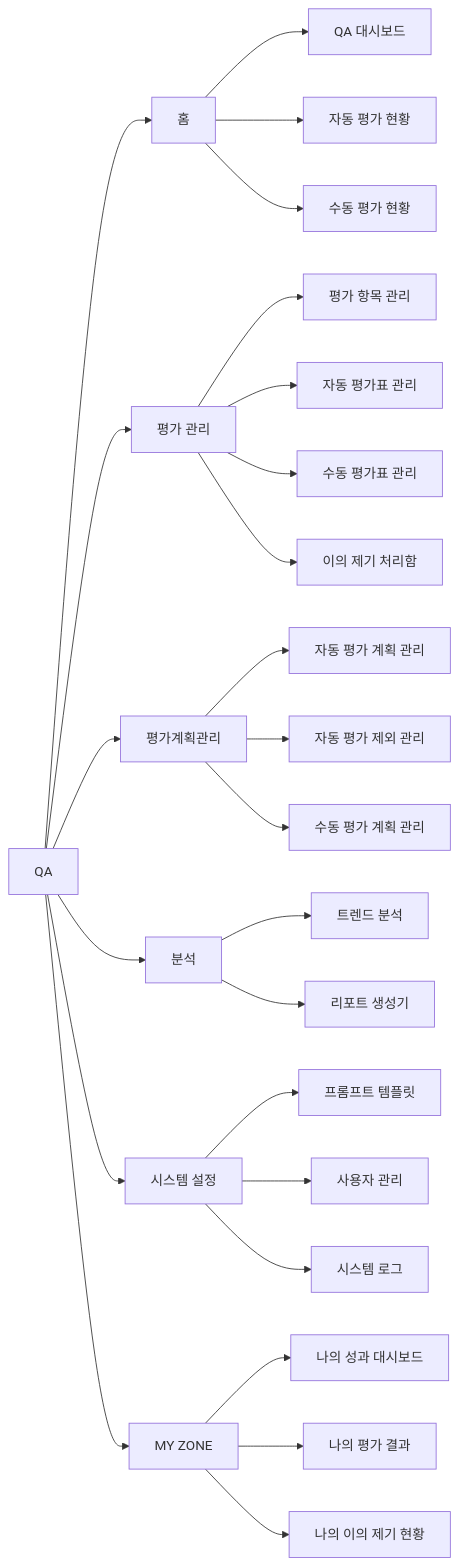
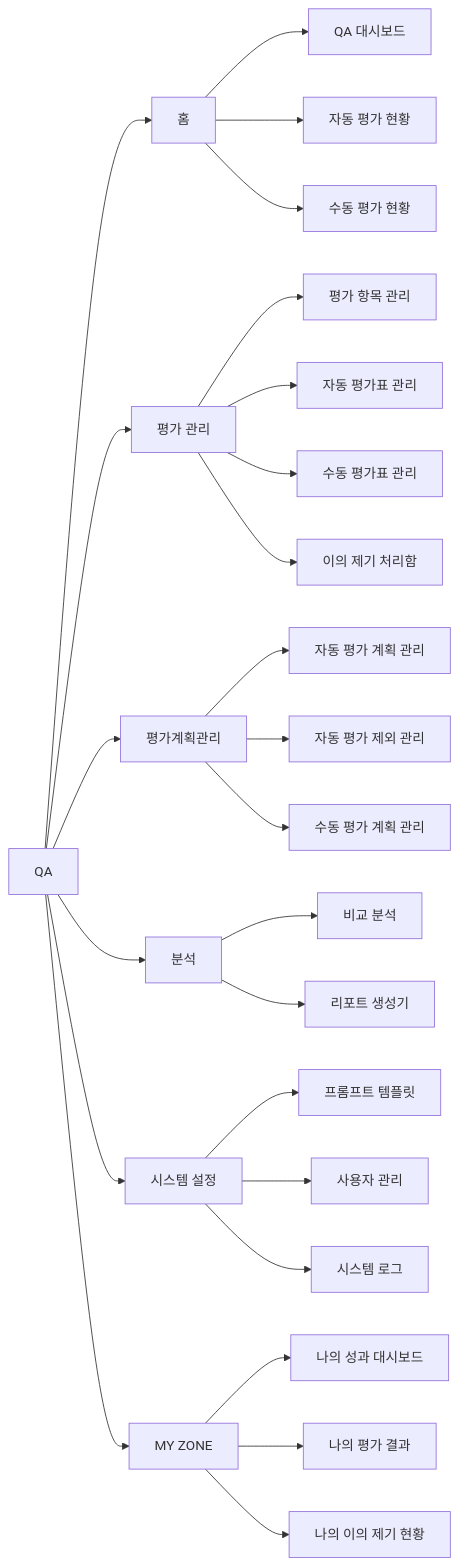
Before and after one commit to chajunghun83/AICC_QA: the second of 2 diagrams in AICC_QA_PRD/05_메뉴_구조도.md, drawn with Mermaid. The commit also changed other lines of this file and 23 other files, not shown here.

````diff
--- a/AICC_QA_PRD/05_메뉴_구조도.md
+++ b/AICC_QA_PRD/05_메뉴_구조도.md
@@ -50,35 +50,35 @@
 ```mermaid
 graph LR
   QA["QA"]
 
   QA --> Home["홈"]
   QA --> EvalMgmt["평가 관리"]
   QA --> PlanMgmt["평가계획관리"]
   QA --> Analysis["분석"]
   QA --> SysSettings["시스템 설정"]
   QA --> MyZone["MY ZONE"]
 
   Home --> QADash["QA 대시보드"]
   Home --> AutoEval["자동 평가 현황"]
   Home --> ManualEval["수동 평가 현황"]
 
   EvalMgmt --> EvalItems["평가 항목 관리"]
   EvalMgmt --> AutoForms["자동 평가표 관리"]
   EvalMgmt --> ManualForms["수동 평가표 관리"]
   EvalMgmt --> DisputeInbox["이의 제기 처리함"]
 
   PlanMgmt --> AutoPlan["자동 평가 계획 관리"]
   PlanMgmt --> AutoExclude["자동 평가 제외 관리"]
   PlanMgmt --> ManualPlan["수동 평가 계획 관리"]
 
-  Analysis --> Trend["트렌드 분석"]
+  Analysis --> Trend["비교 분석"]
   Analysis --> Report["리포트 생성기"]
 
   SysSettings --> Prompt["프롬프트 템플릿"]
   SysSettings --> UserMgmt["사용자 관리"]
   SysSettings --> SysLogs["시스템 로그"]
 
   MyZone --> MyDash["나의 성과 대시보드"]
   MyZone --> MyEval["나의 평가 결과"]
   MyZone --> MyDispute["나의 이의 제기 현황"]
 ```
````
